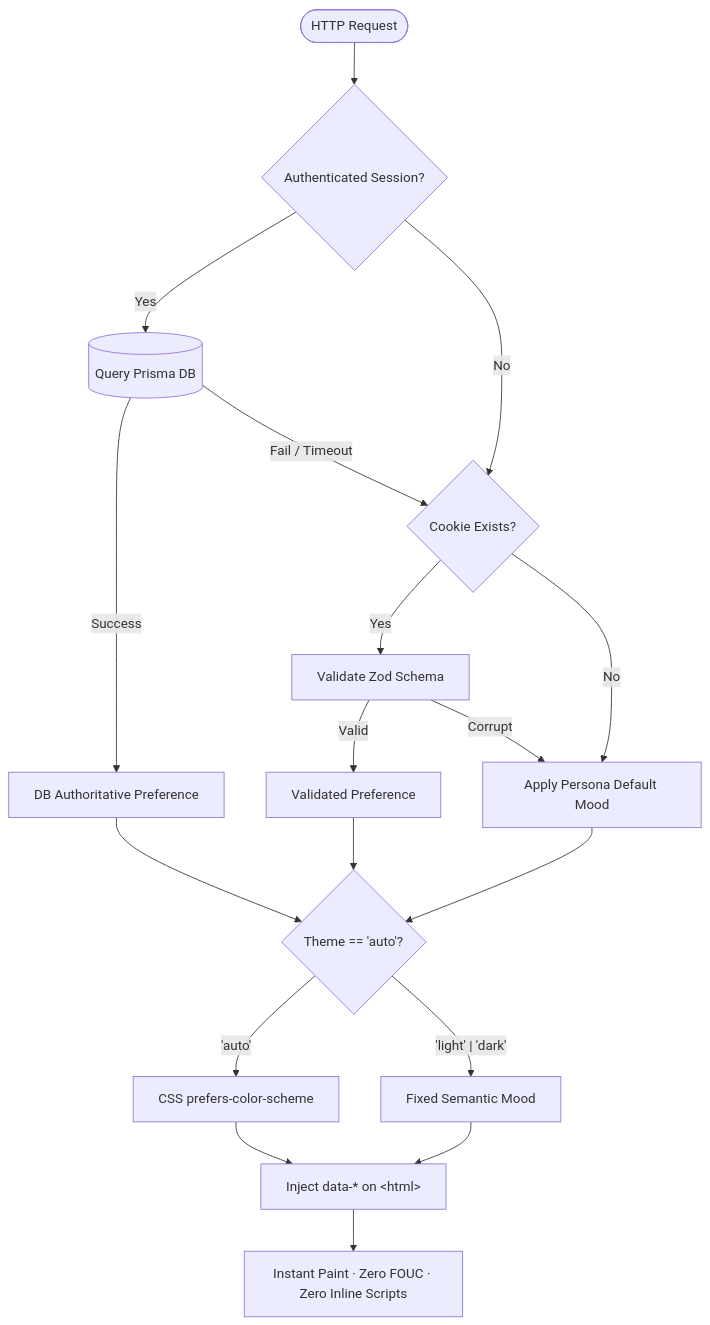
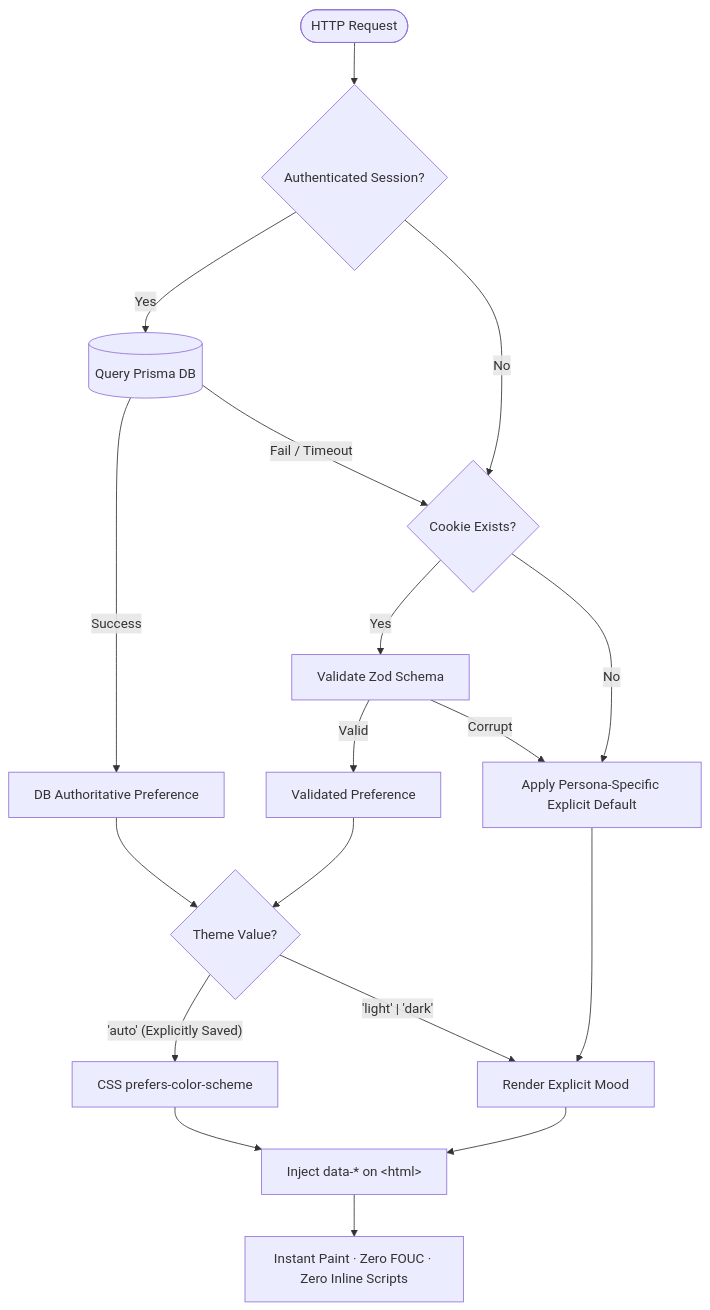
One commit to Nikhil-ig/OrbitoX-Platform changed the first of 2 diagrams in docs/ui-reset/05_PHASE_7B2_THEME_TOKENS_AND_PERSONA_SHELLS.md. Above: the diagram before and after it, drawn with Mermaid. The commit also changed other lines of this file and 6 other files, not shown here.

````diff
--- a/docs/ui-reset/05_PHASE_7B2_THEME_TOKENS_AND_PERSONA_SHELLS.md
+++ b/docs/ui-reset/05_PHASE_7B2_THEME_TOKENS_AND_PERSONA_SHELLS.md
@@ -112,26 +113,26 @@
 ```mermaid
 flowchart TD
     Req([HTTP Request]) --> SessionCheck{Authenticated Session?}
     SessionCheck -- Yes --> QueryDB[(Query Prisma DB)]
     SessionCheck -- No --> CheckCookie{Cookie Exists?}
 
     QueryDB -- Success --> ApplyDB[DB Authoritative Preference]
     QueryDB -- Fail / Timeout --> CheckCookie
 
     CheckCookie -- Yes --> ValidateZod[Validate Zod Schema]
-    CheckCookie -- No --> ApplyPersonaDefault[Apply Persona Default Mood]
+    CheckCookie -- No --> ApplyPersonaDefault[Apply Persona-Specific Explicit Default]
 
     ValidateZod -- Valid --> ApplyValidCookie[Validated Preference]
     ValidateZod -- Corrupt --> ApplyPersonaDefault
 
-    ApplyDB --> EvalAuto{Theme == 'auto'?}
+    ApplyDB --> EvalAuto{Theme Value?}
     ApplyValidCookie --> EvalAuto
-    ApplyPersonaDefault --> EvalAuto
+    ApplyPersonaDefault --> ExplicitRender[Render Explicit Mood]
 
-    EvalAuto -- 'auto' --> CSSMedia[CSS prefers-color-scheme]
-    EvalAuto -- 'light' | 'dark' --> FixedMood[Fixed Semantic Mood]
+    EvalAuto -- 'auto' (Explicitly Saved) --> CSSMedia[CSS prefers-color-scheme]
+    EvalAuto -- 'light' | 'dark' --> ExplicitRender
 
     CSSMedia --> HTMLTag["Inject data-* on &lt;html&gt;"]
-    FixedMood --> HTMLTag
+    ExplicitRender --> HTMLTag
     HTMLTag --> ZeroFOUC[Instant Paint · Zero FOUC · Zero Inline Scripts]
 ```
````
